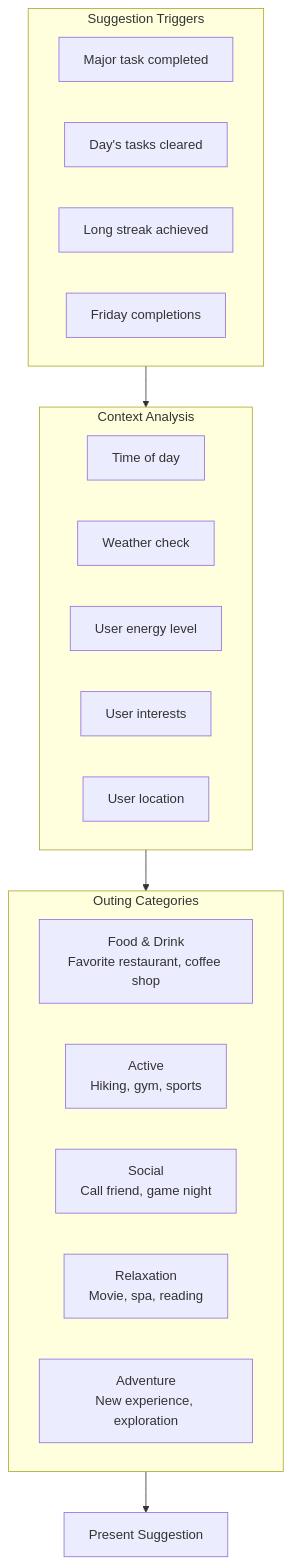
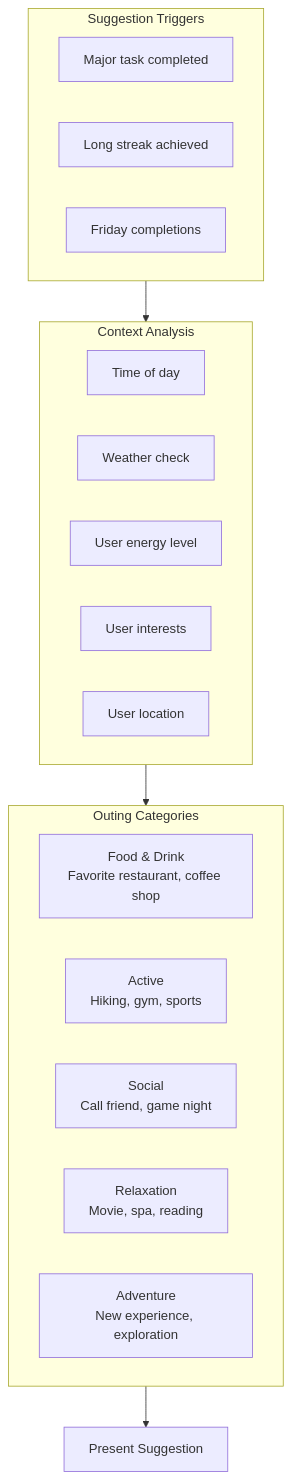
Before and after one commit to NickBorgersProbably/hide-my-list: diagram 12 of 17 in docs/reward-system.md, drawn with Mermaid. The commit also changed other lines of this file and 25 other files, not shown here.

````diff
--- a/docs/reward-system.md
+++ b/docs/reward-system.md
@@ -788,29 +793,28 @@
 ```mermaid
 flowchart TD
     subgraph Triggers["Suggestion Triggers"]
         MajorComplete["Major task completed"]
-        DayClear["Day's tasks cleared"]
         LongStreak["Long streak achieved"]
         FridayComplete["Friday completions"]
     end
 
     subgraph Analysis["Context Analysis"]
         Time["Time of day"]
         Weather["Weather check"]
         Energy["User energy level"]
         Interests["User interests"]
         Location["User location"]
     end
 
     subgraph Suggestions["Outing Categories"]
         Food["Food & Drink<br/>Favorite restaurant, coffee shop"]
         Active["Active<br/>Hiking, gym, sports"]
         Social["Social<br/>Call friend, game night"]
         Relaxation["Relaxation<br/>Movie, spa, reading"]
         Adventure["Adventure<br/>New experience, exploration"]
     end
 
     Triggers --> Analysis
     Analysis --> Suggestions
     Suggestions --> Present[Present Suggestion]
 ```
````
